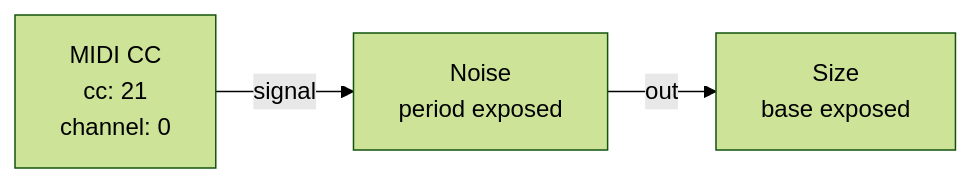
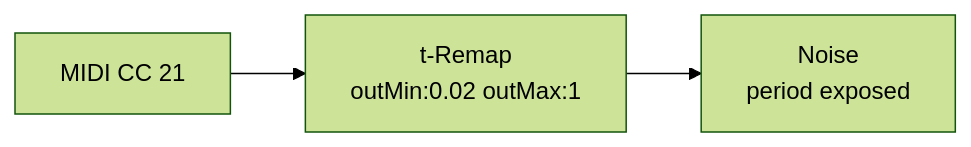
Before and after one commit to AristidesAI/Points: the first of 3 diagrams in docs/integrations.md, drawn with Mermaid (forest theme). The commit also changed other lines of this file and 127 other files, not shown here.

````diff
--- a/docs/integrations.md
+++ b/docs/integrations.md
@@ -34,5 +24,5 @@
 ```mermaid
 graph LR
-    MIDI[MIDI CC<br/>cc: 21<br/>channel: 0] -->|"signal"| NOISE[Noise<br/>period exposed]
-    NOISE -->|"out"| SIZE[Size<br/>base exposed]
+    midi[MIDI CC 21] --> remap[t-Remap<br/>outMin:0.02 outMax:1]
+    remap --> noise[Noise<br/>period exposed]
 ```
````
